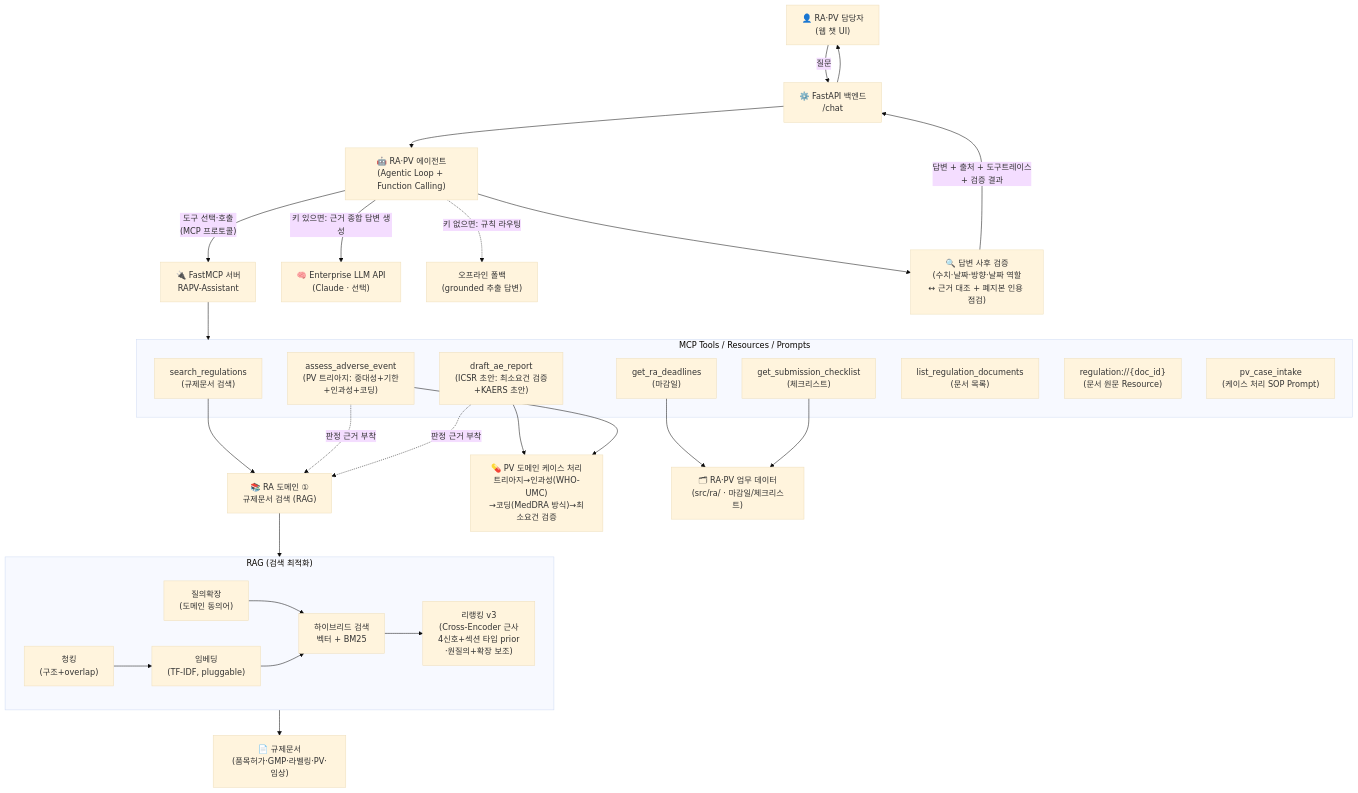
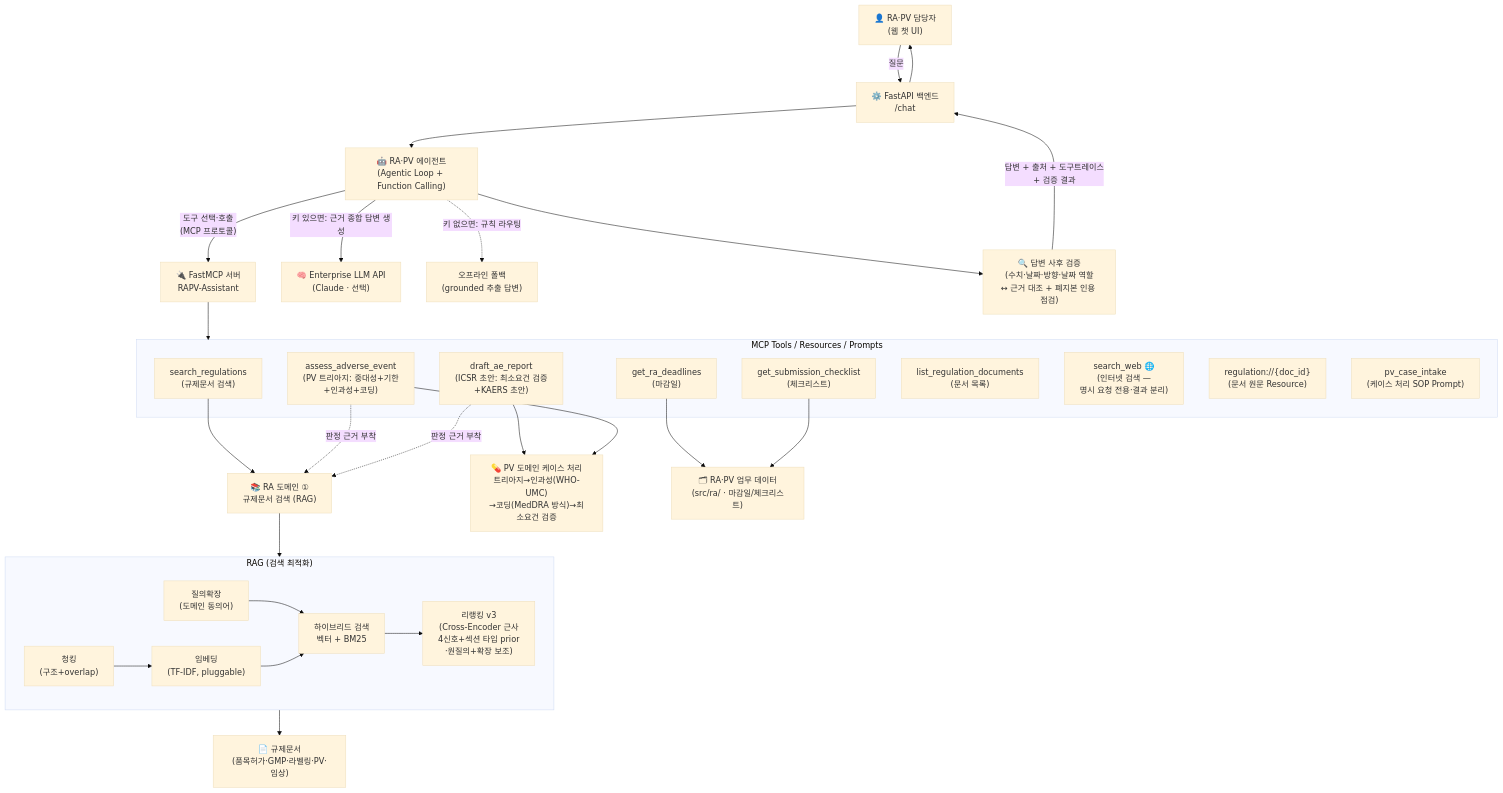
Before and after one commit to chaeyoo/letsgogc: the diagram in project/README.md, drawn with Mermaid (base theme). The commit also changed other lines of this file and 24 other files, not shown here.

First line of the commit message:
feat: 인터넷 검색 도구(search_web) 추가 — 명시와 분리 원칙 적용

````diff
--- a/project/README.md
+++ b/project/README.md
@@ -33,42 +37,43 @@
 ```mermaid
 flowchart TB
     U["👤 RA·PV 담당자<br/>(웹 챗 UI)"] -->|질문| API["⚙️ FastAPI 백엔드<br/>/chat"]
     API --> AG["🤖 RA·PV 에이전트<br/>(Agentic Loop + Function Calling)"]
 
     AG -->|"도구 선택·호출<br/>(MCP 프로토콜)"| MCP["🔌 FastMCP 서버<br/>RAPV-Assistant"]
 
     subgraph MCP_TOOLS["MCP Tools / Resources / Prompts"]
         T1["search_regulations<br/>(규제문서 검색)"]
         T2["get_ra_deadlines<br/>(마감일)"]
         T3["get_submission_checklist<br/>(체크리스트)"]
         T4["assess_adverse_event<br/>(PV 트리아지: 중대성+기한<br/>+인과성+코딩)"]
         T5["draft_ae_report<br/>(ICSR 초안: 최소요건 검증<br/>+KAERS 초안)"]
         T6["list_regulation_documents<br/>(문서 목록)"]
+        T7["search_web 🌐<br/>(인터넷 검색 —<br/>명시 요청 전용·결과 분리)"]
         R1["regulation://{doc_id}<br/>(문서 원문 Resource)"]
         P1["pv_case_intake<br/>(케이스 처리 SOP Prompt)"]
     end
     MCP --> MCP_TOOLS
 
     T1 --> RAG["📚 RA 도메인 ①<br/>규제문서 검색 (RAG)"]
     T4 -.->|"판정 근거 부착"| RAG
     T5 -.->|"판정 근거 부착"| RAG
     T5 --> PV["💊 PV 도메인 케이스 처리<br/>트리아지→인과성(WHO-UMC)<br/>→코딩(MedDRA 방식)→최소요건 검증"]
     T4 --> PV
     subgraph RAG_PIPE["RAG (검색 최적화)"]
         C1["청킹<br/>(구조+overlap)"] --> C2["임베딩<br/>(TF-IDF, pluggable)"]
         C0["질의확장<br/>(도메인 동의어)"] --> C3["하이브리드 검색<br/>벡터 + BM25"]
         C2 --> C3
         C3 --> C4["리랭킹 v3<br/>(Cross-Encoder 근사<br/>4신호+섹션 타입 prior<br/>·원질의+확장 보조)"]
     end
     RAG --> RAG_PIPE
     RAG_PIPE --> DOCS["📄 규제문서<br/>(품목허가·GMP·라벨링·PV·임상)"]
 
     T2 --> DB["🗂 RA·PV 업무 데이터<br/>(src/ra/ · 마감일/체크리스트)"]
     T3 --> DB
 
     AG -->|"키 있으면: 근거 종합 답변 생성"| LLM["🧠 Enterprise LLM API<br/>(Claude · 선택)"]
     AG -.->|"키 없으면: 규칙 라우팅"| FB["오프라인 폴백<br/>(grounded 추출 답변)"]
 
     AG --> VER["🔍 답변 사후 검증<br/>(수치·날짜·방향·날짜 역할<br/>↔ 근거 대조 + 폐지본 인용 점검)"]
     VER -->|"답변 + 출처 + 도구트레이스<br/>+ 검증 결과"| API --> U
 ```
````
